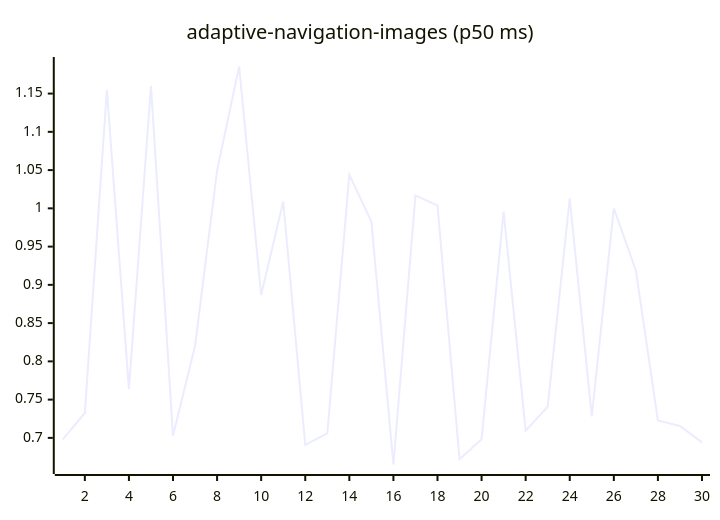
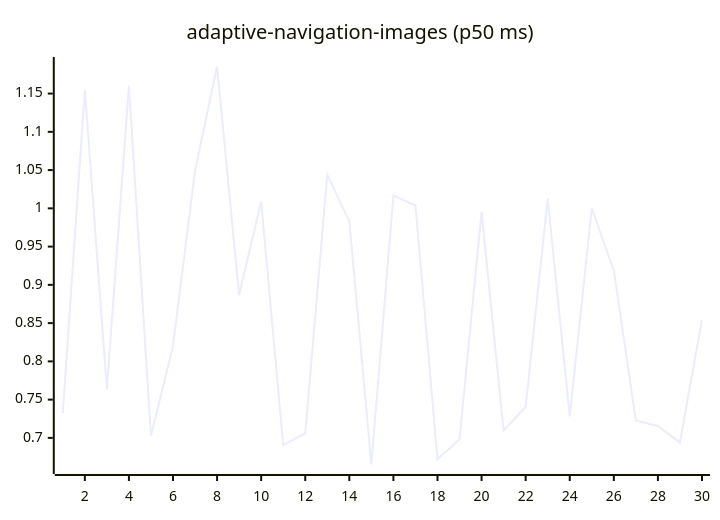
Before and after one commit to josha/Facet: the first of 27 diagrams in README.md, drawn with Mermaid. The commit also changed other lines of this file and 2 other files, not shown here.

````diff
--- a/README.md
+++ b/README.md
@@ -63,6 +63,6 @@
 ```mermaid
 xychart-beta
     title "adaptive-navigation-images (p50 ms)"
     x-axis 1 --> 30
-    line [0.6980, 0.7325, 1.1549, 0.7635, 1.1603, 0.7028, 0.8201, 1.0494, 1.1854, 0.8867, 1.0090, 0.6909, 0.7058, 1.0439, 0.9829, 0.6652, 1.0169, 1.0037, 0.6721, 0.6983, 0.9956, 0.7094, 0.7407, 1.0129, 0.7280, 1.0000, 0.9189, 0.7227, 0.7156, 0.6941]
+    line [0.7325, 1.1549, 0.7635, 1.1603, 0.7028, 0.8201, 1.0494, 1.1854, 0.8867, 1.0090, 0.6909, 0.7058, 1.0439, 0.9829, 0.6652, 1.0169, 1.0037, 0.6721, 0.6983, 0.9956, 0.7094, 0.7407, 1.0129, 0.7280, 1.0000, 0.9189, 0.7227, 0.7156, 0.6941, 0.8547]
 ```
````
